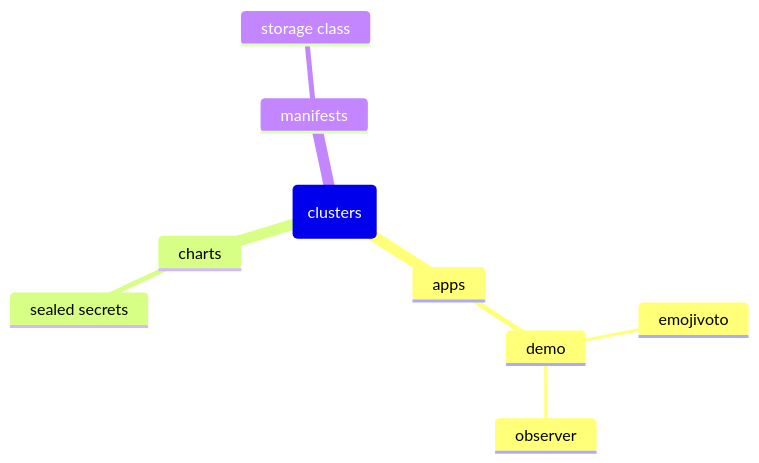
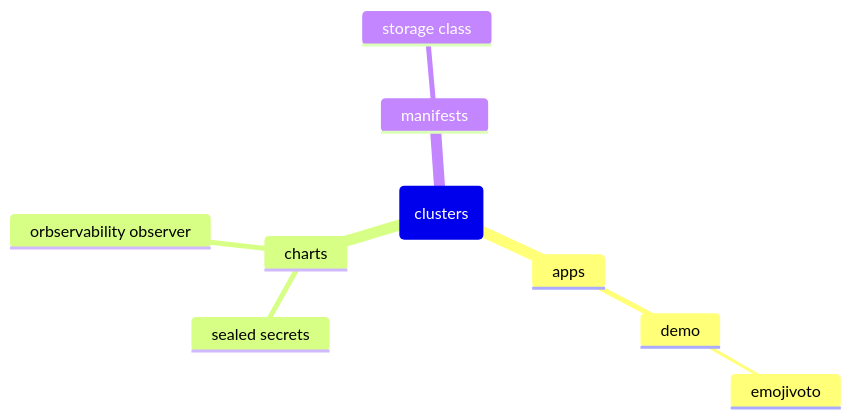
One commit to orbservability/demo-cluster changed the diagram in README.md. Above: the diagram before and after it, drawn with Mermaid. The commit also changed 1 other file, not shown here.

````diff
--- a/README.md
+++ b/README.md
@@ -5,12 +5,12 @@
 ```mermaid
 mindmap
   root(clusters)
     apps
       demo
         emojivoto
-        observer
     charts
       sealed secrets
+      orbservability observer
     manifests
       storage class
 ```
````
